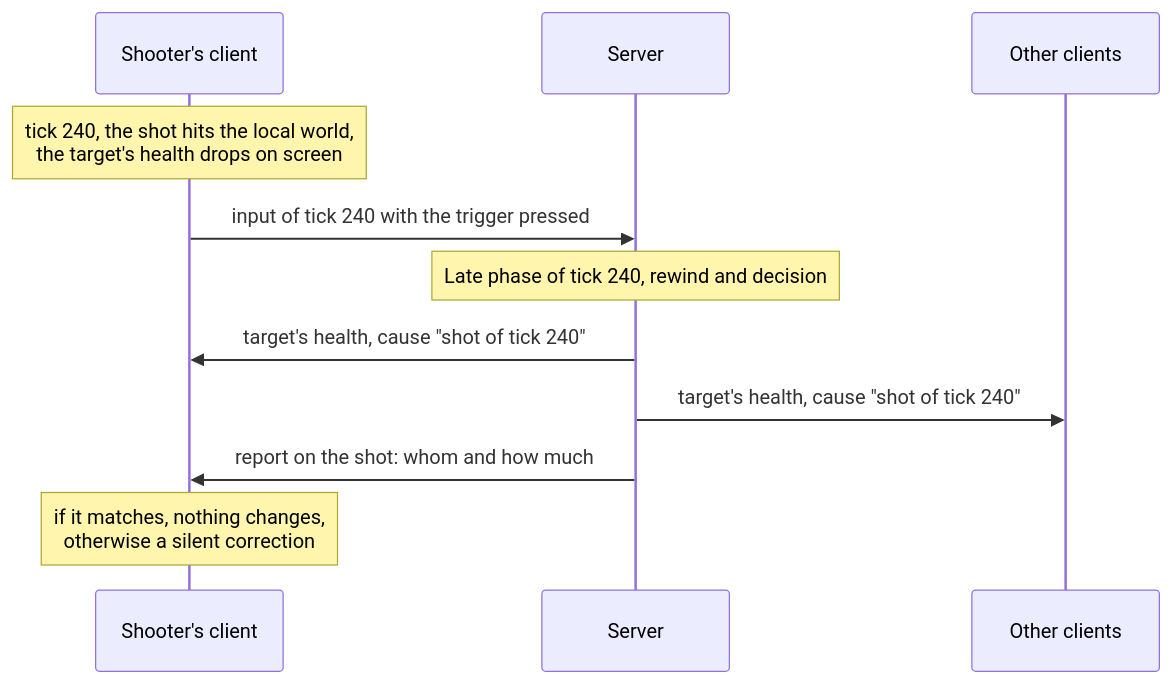
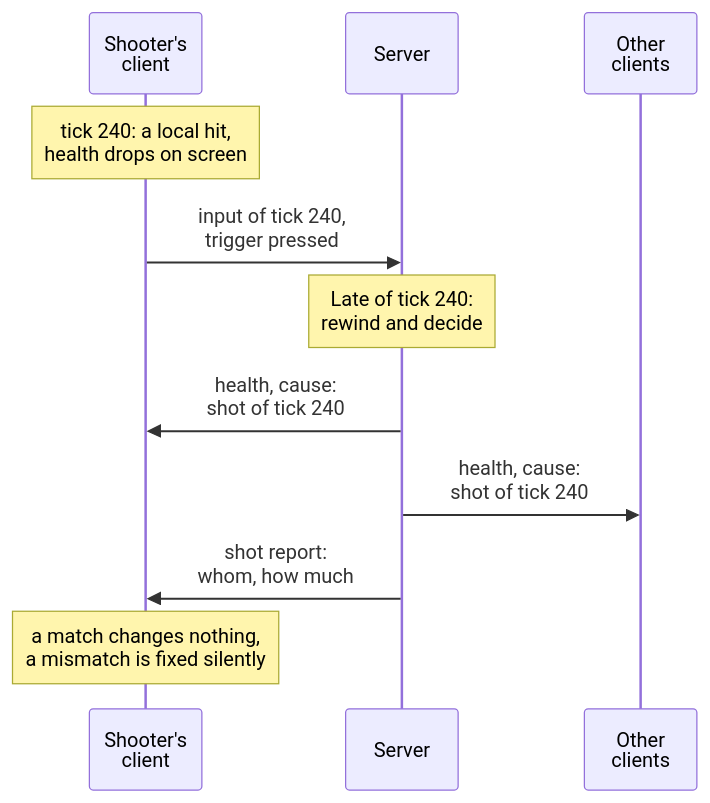
The sixth of 8 diagrams in README.md (pndte/match-please), drawn with Mermaid before and after one commit. The commit also changed other lines of this file, not shown here.

````diff
--- a/README.md
+++ b/README.md
@@ -542,13 +566,19 @@
 ```mermaid
+---
+config:
+  sequence:
+    width: 90
+    actorMargin: 60
+---
 sequenceDiagram
-    participant A as Shooter's client
+    participant A as Shooter's<br/>client
     participant S as Server
-    participant O as Other clients
-    Note over A: tick 240, the shot hits the local world,<br/>the target's health drops on screen
-    A->>S: input of tick 240 with the trigger pressed
-    Note over S: Late phase of tick 240, rewind and decision
-    S->>A: target's health, cause "shot of tick 240"
-    S->>O: target's health, cause "shot of tick 240"
-    S->>A: report on the shot: whom and how much
-    Note over A: if it matches, nothing changes,<br/>otherwise a silent correction
+    participant O as Other<br/>clients
+    Note over A: tick 240: a local hit,<br/>health drops on screen
+    A->>S: input of tick 240,<br/>trigger pressed
+    Note over S: Late of tick 240:<br/>rewind and decide
+    S->>A: health, cause:<br/>shot of tick 240
+    S->>O: health, cause:<br/>shot of tick 240
+    S->>A: shot report:<br/>whom, how much
+    Note over A: a match changes nothing,<br/>a mismatch is fixed silently
 ```
````
